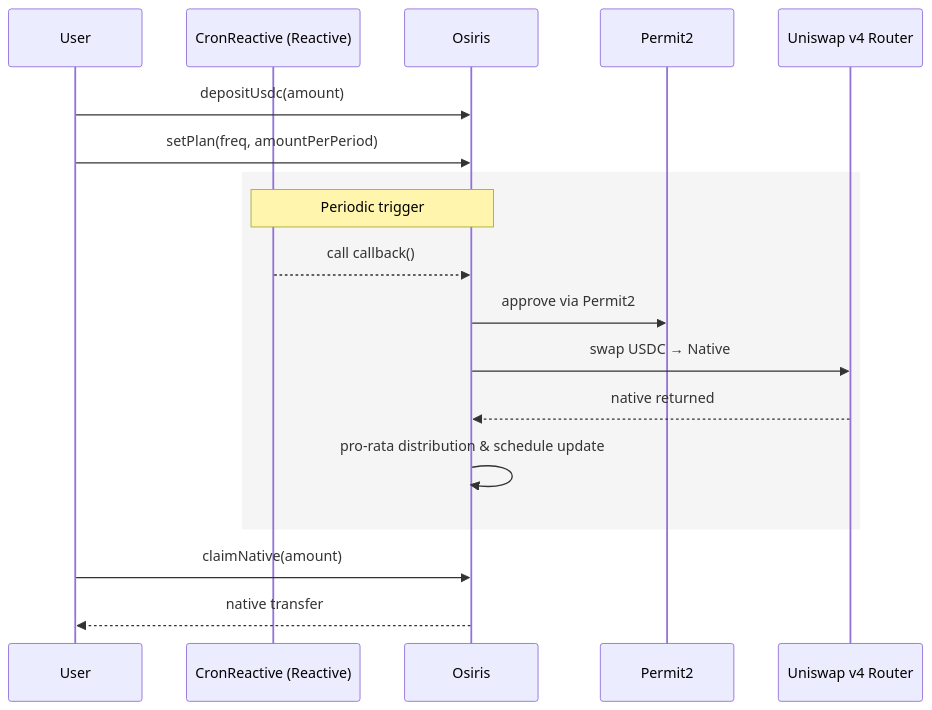
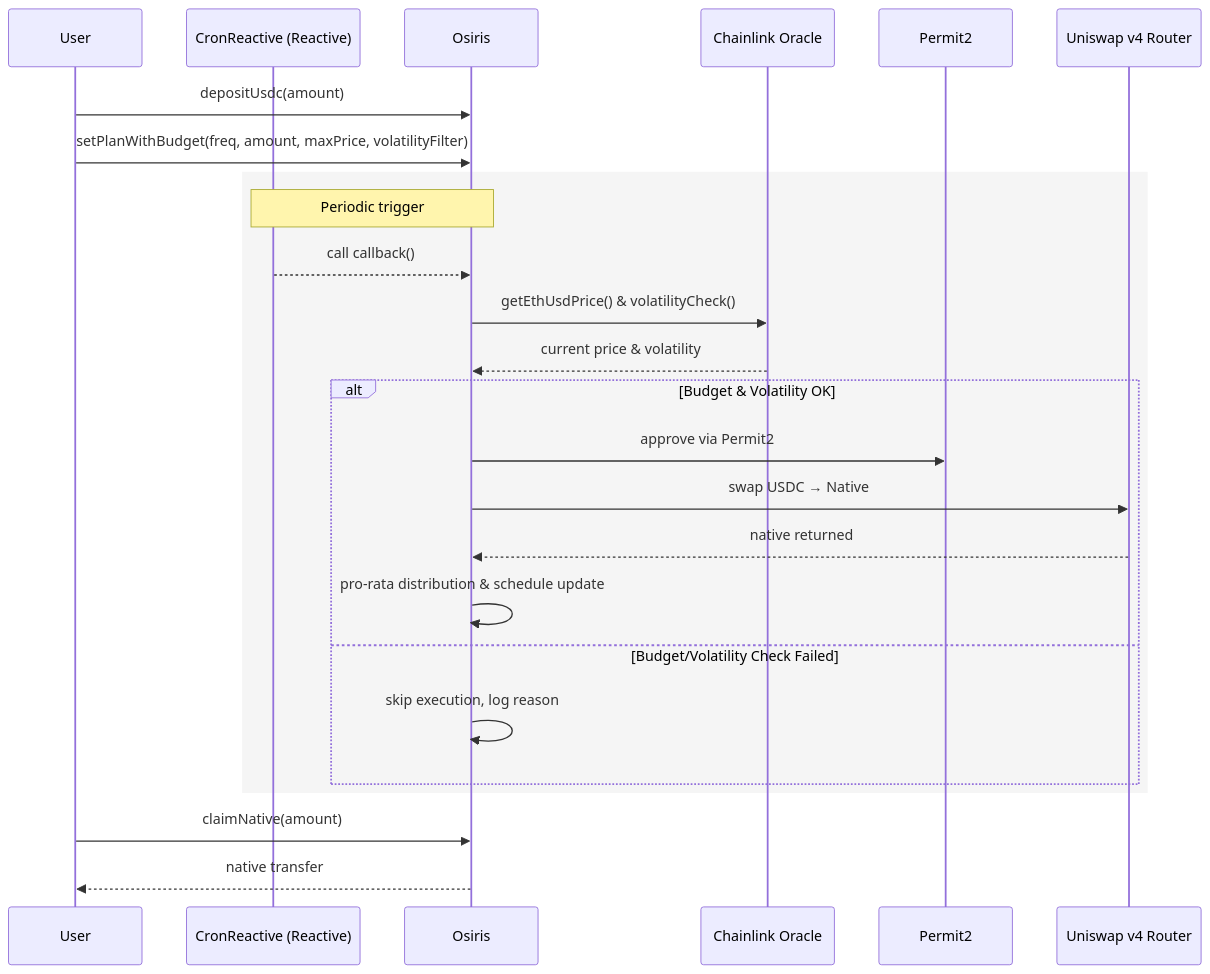
Before and after one commit to Le-Caignec/Osiris: the second of 2 diagrams in README.md, drawn with Mermaid. The commit also changed other lines of this file, not shown here.

First line of the commit message:
docs: Enhance README with DCA plan features and Chainlink integration

````diff
--- a/README.md
+++ b/README.md
@@ -184,23 +203,30 @@
 ```mermaid
 sequenceDiagram
     participant U as User
     participant CR as CronReactive (Reactive)
     participant V as Osiris
+    participant CL as Chainlink Oracle
     participant P2 as Permit2
     participant U4 as Uniswap v4 Router
 
     U->>V: depositUsdc(amount)
-    U->>V: setPlan(freq, amountPerPeriod)
+    U->>V: setPlanWithBudget(freq, amount, maxPrice, volatilityFilter)
 
     rect rgb(245,245,245)
     Note over CR,V: Periodic trigger
     CR-->>V: call callback()
-    V->>P2: approve via Permit2
-    V->>U4: swap USDC → Native
-    U4-->>V: native returned
-    V->>V: pro-rata distribution & schedule update
+    V->>CL: getEthUsdPrice() & volatilityCheck()
+    CL-->>V: current price & volatility
+    alt Budget & Volatility OK
+        V->>P2: approve via Permit2
+        V->>U4: swap USDC → Native
+        U4-->>V: native returned
+        V->>V: pro-rata distribution & schedule update
+    else Budget/Volatility Check Failed
+        V->>V: skip execution, log reason
+    end
     end
 
     U->>V: claimNative(amount)
     V-->>U: native transfer
 ```
````
